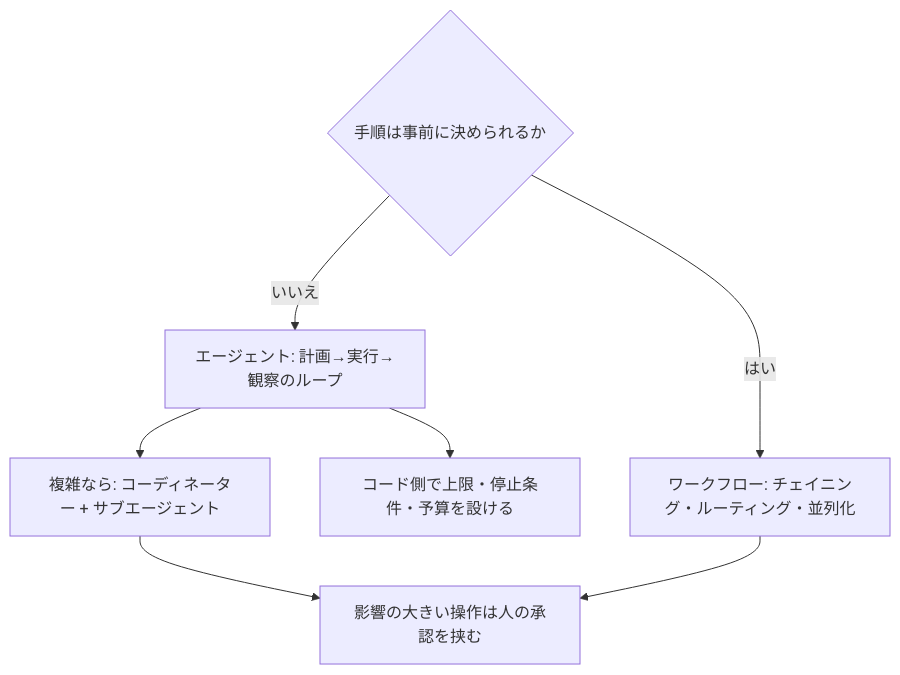
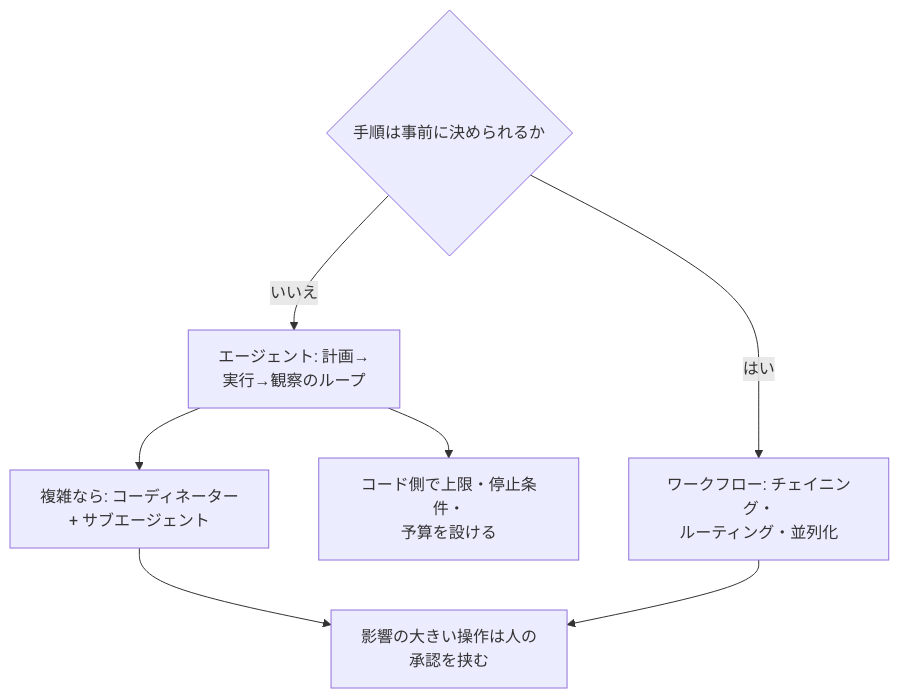
Before and after one commit to shingo0321/study: the third of 5 diagrams in claude/overview.md, drawn with Mermaid. The commit also changed other lines of this file and 5 other files, not shown here.

First line of the commit message:
Mermaid俯瞰図を横スクロールなしで表示できるよう調整

````diff
--- a/claude/overview.md
+++ b/claude/overview.md
@@ -61,10 +61,10 @@
 ```mermaid
 flowchart TD
   Q{"手順は事前に決められるか"}
-  Q -->|はい| W["ワークフロー: チェイニング・ルーティング・並列化"]
-  Q -->|いいえ| A["エージェント: 計画→実行→観察のループ"]
-  A --> G["コード側で上限・停止条件・予算を設ける"]
-  A --> M["複雑なら: コーディネーター + サブエージェント"]
-  M --> H["影響の大きい操作は人の承認を挟む"]
+  Q -->|はい| W["ワークフロー: チェイニング・<br/>ルーティング・並列化"]
+  Q -->|いいえ| A["エージェント: 計画→<br/>実行→観察のループ"]
+  A --> G["コード側で上限・停止条件・<br/>予算を設ける"]
+  A --> M["複雑なら: コーディネーター<br/>+ サブエージェント"]
+  M --> H["影響の大きい操作は人の<br/>承認を挟む"]
   W --> H
 ```
````
